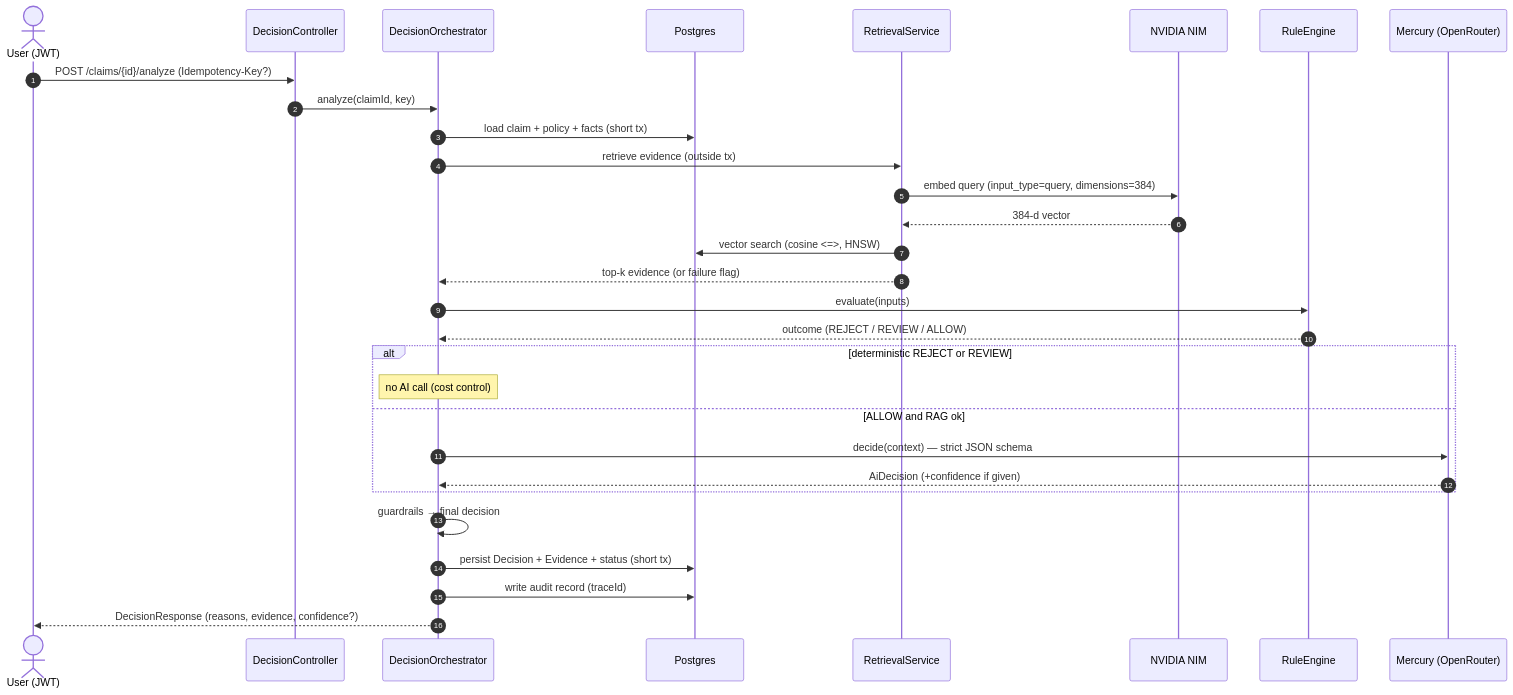
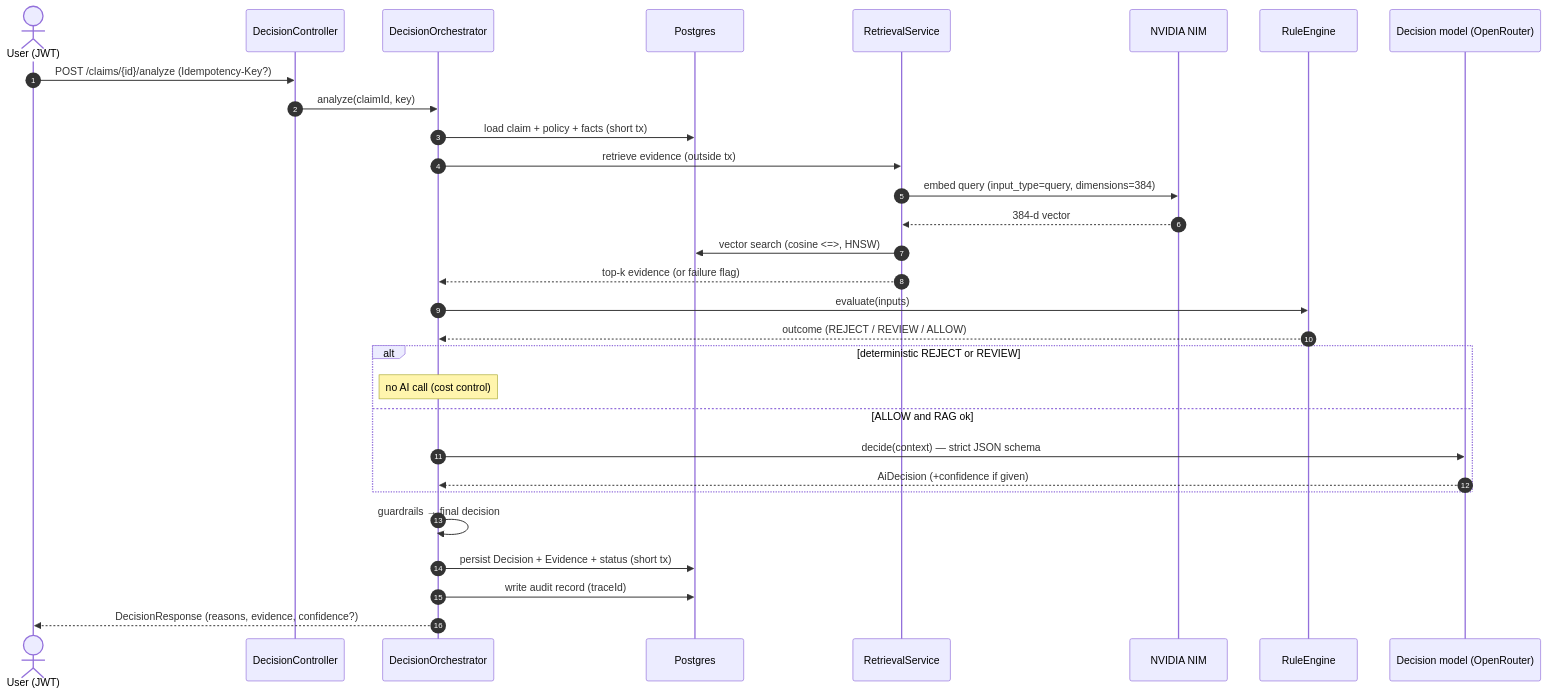
The fourth of 14 diagrams in PROJECT.md (arshdeep3010/health-claim-decision-agent), drawn with Mermaid before and after one commit. The commit also changed other lines of this file and 4 other files, not shown here.

First line of the commit message:
Docs: decision-model judge, live AWS deployment, test counts

````diff
--- a/PROJECT.md
+++ b/PROJECT.md
@@ -249,33 +271,33 @@
 ```mermaid
 sequenceDiagram
   autonumber
   actor U as User (JWT)
   participant C as DecisionController
   participant O as DecisionOrchestrator
   participant DB as Postgres
   participant R as RetrievalService
   participant N as NVIDIA NIM
   participant RE as RuleEngine
-  participant AI as Mercury (OpenRouter)
+  participant AI as Decision model (OpenRouter)
 
   U->>C: POST /claims/{id}/analyze (Idempotency-Key?)
   C->>O: analyze(claimId, key)
   O->>DB: load claim + policy + facts  (short tx)
   O->>R: retrieve evidence (outside tx)
   R->>N: embed query (input_type=query, dimensions=384)
   N-->>R: 384-d vector
   R->>DB: vector search (cosine <=>, HNSW)
   R-->>O: top-k evidence (or failure flag)
   O->>RE: evaluate(inputs)
   RE-->>O: outcome (REJECT / REVIEW / ALLOW)
   alt deterministic REJECT or REVIEW
     Note over O: no AI call (cost control)
   else ALLOW and RAG ok
     O->>AI: decide(context) — strict JSON schema
     AI-->>O: AiDecision (+confidence if given)
   end
   O->>O: guardrails → final decision
   O->>DB: persist Decision + Evidence + status (short tx)
   O->>DB: write audit record (traceId)
   O-->>U: DecisionResponse (reasons, evidence, confidence?)
 ```
````
